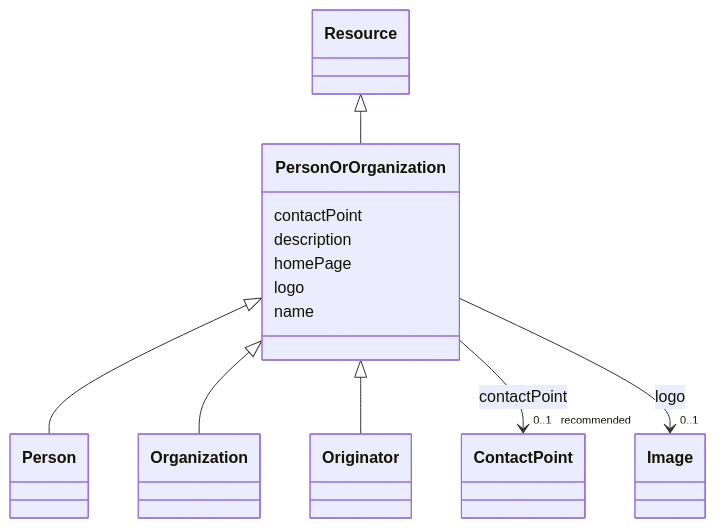
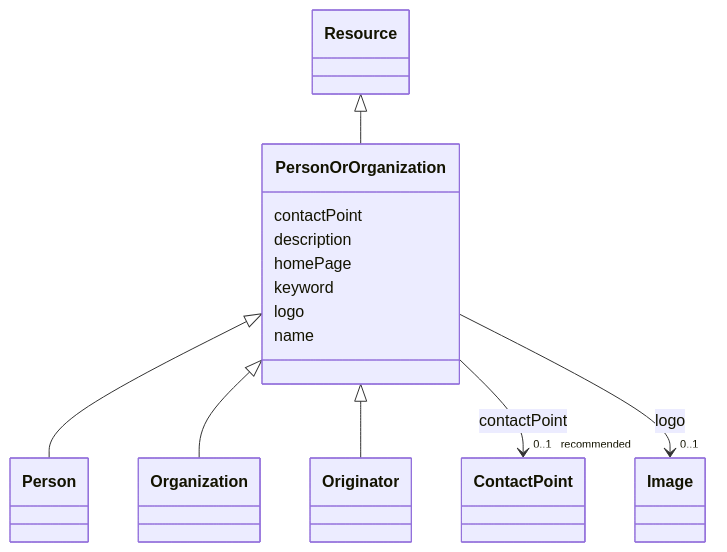
One commit to EVORA-project/evora-ontology changed the diagram in models/docs/PersonOrOrganization.md. Above: the diagram before and after it, drawn with Mermaid. The commit also changed other lines of this file and 402 other files, not shown here.

````diff
--- a/models/docs/PersonOrOrganization.md
+++ b/models/docs/PersonOrOrganization.md
@@ -19,42 +19,44 @@
 ```mermaid
  classDiagram
     class PersonOrOrganization
     click PersonOrOrganization href "../PersonOrOrganization"
       Resource <|-- PersonOrOrganization
         click Resource href "../Resource"
       
 
       PersonOrOrganization <|-- Person
         click Person href "../Person"
       PersonOrOrganization <|-- Organization
         click Organization href "../Organization"
       PersonOrOrganization <|-- Originator
         click Originator href "../Originator"
       
       
       PersonOrOrganization : contactPoint
         
           
     
     
     PersonOrOrganization --> "0..1 _recommended_" ContactPoint : contactPoint
     click ContactPoint href "../ContactPoint"
 
         
       PersonOrOrganization : description
         
       PersonOrOrganization : homePage
         
+      PersonOrOrganization : keyword
+        
       PersonOrOrganization : logo
         
           
     
     
     PersonOrOrganization --> "0..1" Image : logo
     click Image href "../Image"
 
         
       PersonOrOrganization : name
         
       
 ```
````
